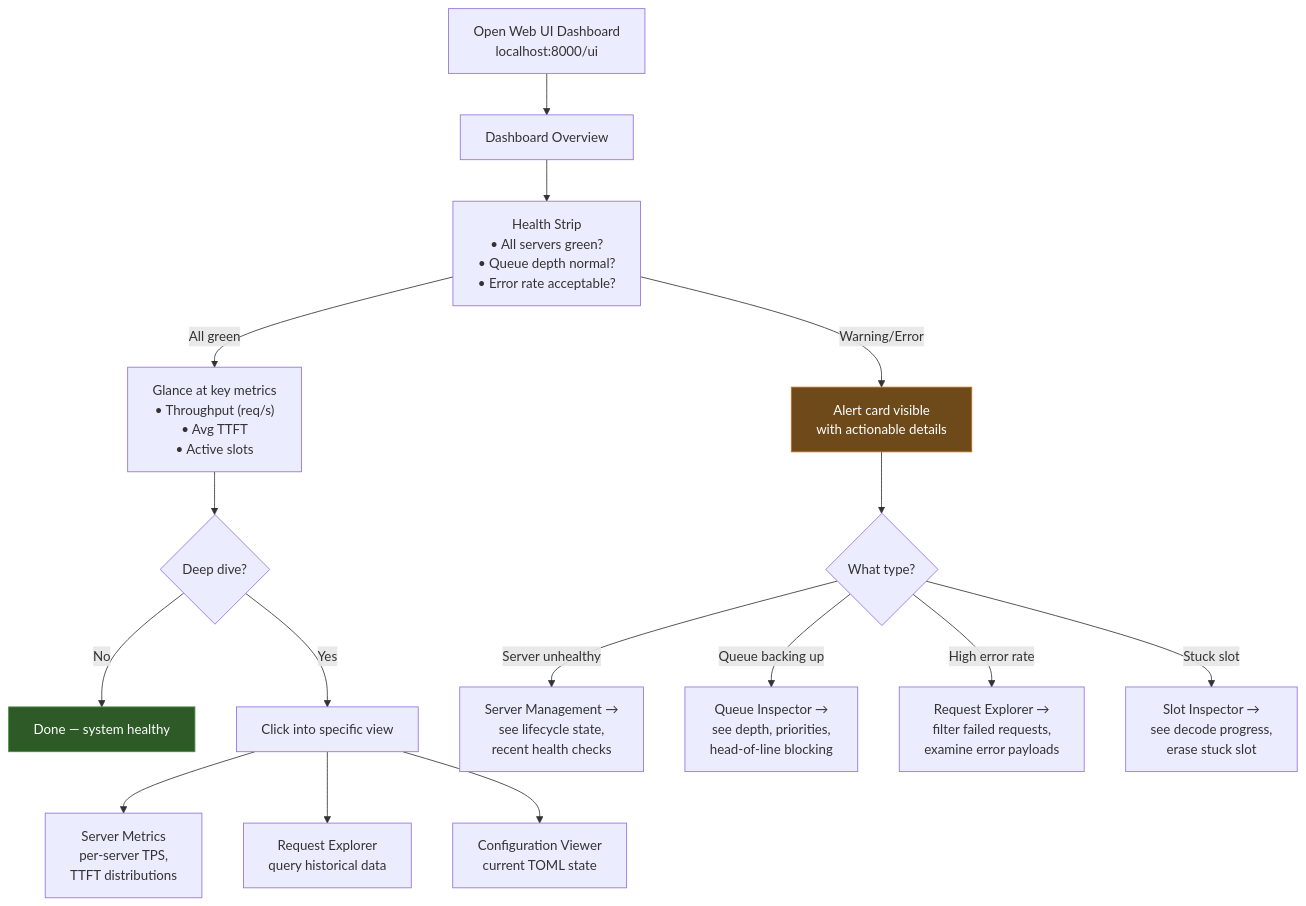
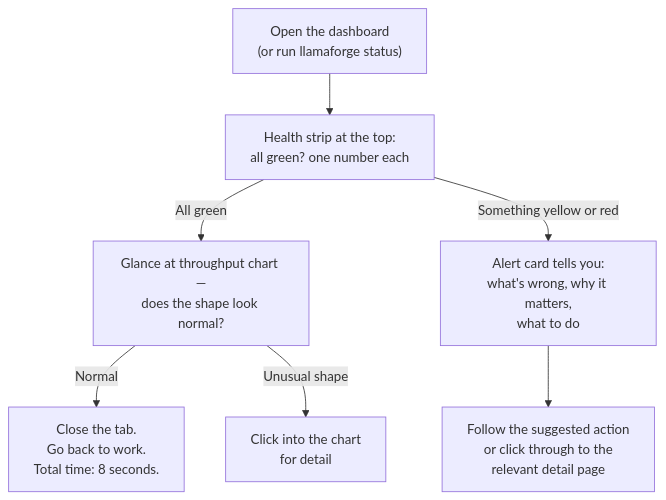
Before and after one commit to Doom325/llama-forge: the fifth of 16 diagrams in docs/USER_JOURNEYS.md, drawn with Mermaid. The commit also changed other lines of this file, not shown here.

````diff
--- a/docs/USER_JOURNEYS.md
+++ b/docs/USER_JOURNEYS.md
@@ -350,26 +326,12 @@
 ```mermaid
 flowchart TD
-    A["Open Web UI Dashboard<br/>localhost:8000/ui"] --> B["Dashboard Overview"]
+    A["Open the dashboard<br/>(or run llamaforge status)"] --> B["Health strip at the top:<br/>all green? one number each"]
 
-    B --> C["Health Strip<br/>• All servers green?<br/>• Queue depth normal?<br/>• Error rate acceptable?"]
+    B -->|"All green"| C["Glance at throughput chart —<br/>does the shape look normal?"]
+    B -->|"Something yellow or red"| D["Alert card tells you:<br/>what's wrong, why it matters,<br/>what to do"]
 
-    C -->|"All green"| D["Glance at key metrics<br/>• Throughput (req/s)<br/>• Avg TTFT<br/>• Active slots"]
-    C -->|"Warning/Error"| E["Alert card visible<br/>with actionable details"]
+    C -->|"Normal"| E["Close the tab.<br/>Go back to work.<br/>Total time: 8 seconds."]
+    C -->|"Unusual shape"| F["Click into the chart<br/>for detail"]
 
-    D --> F{"Deep dive?"}
-    F -->|"No"| G["Done — system healthy"]
-    F -->|"Yes"| H["Click into specific view"]
-
-    E --> I{"What type?"}
-    I -->|"Server unhealthy"| J["Server Management →<br/>see lifecycle state,<br/>recent health checks"]
-    I -->|"Queue backing up"| K["Queue Inspector →<br/>see depth, priorities,<br/>head-of-line blocking"]
-    I -->|"High error rate"| L["Request Explorer →<br/>filter failed requests,<br/>examine error payloads"]
-    I -->|"Stuck slot"| M["Slot Inspector →<br/>see decode progress,<br/>erase stuck slot"]
-
-    H --> N["Server Metrics<br/>per-server TPS,<br/>TTFT distributions"]
-    H --> O["Request Explorer<br/>query historical data"]
-    H --> P["Configuration Viewer<br/>current TOML state"]
-
-    style G fill:#2d5a27,stroke:#4a8c3f,color:#fff
-    style E fill:#6e4a1a,stroke:#b97329,color:#fff
+    D --> G["Follow the suggested action<br/>or click through to the<br/>relevant detail page"]
 ```
````
